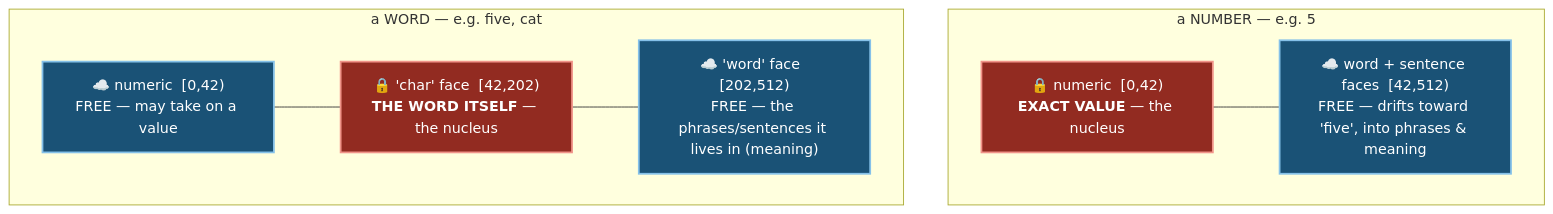
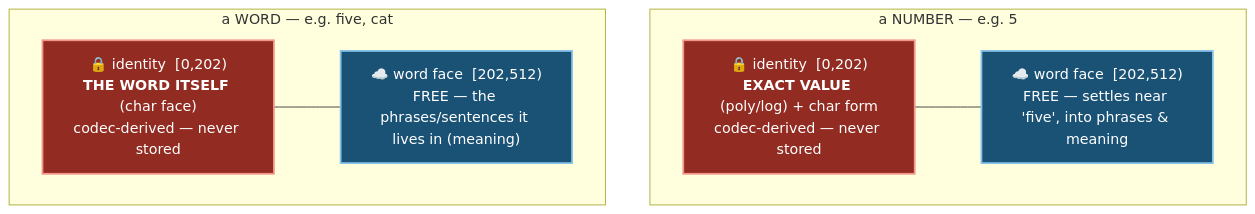
One commit to EvaluatedApplications/genesis-nova changed the third of 5 diagrams in PLATONIC_NUCLEUS.md. Above: the diagram before and after it, drawn with Mermaid. The commit also changed other lines of this file and 9 other files, not shown here.

````diff
--- a/PLATONIC_NUCLEUS.md
+++ b/PLATONIC_NUCLEUS.md
@@ -96,20 +96,19 @@
 ```mermaid
 flowchart TB
   subgraph NUM["a NUMBER — e.g. 5"]
     direction LR
-    n1["🔒 numeric&nbsp; [0,42)<br/><b>EXACT VALUE</b> — the nucleus"]
-    n2["☁️ word + sentence faces&nbsp; [42,512)<br/>FREE — drifts toward 'five', into phrases & meaning"]
+    n1["🔒 identity&nbsp; [0,202)<br/><b>EXACT VALUE</b> (poly/log) + char form<br/>codec-derived — never stored"]
+    n2["☁️ word face&nbsp; [202,512)<br/>FREE — settles near 'five', into phrases & meaning"]
     n1 --- n2
   end
   subgraph TXT["a WORD — e.g. five, cat"]
     direction LR
-    t1["☁️ numeric&nbsp; [0,42)<br/>FREE — may take on a value"]
-    t2["🔒 'char' face&nbsp; [42,202)<br/><b>THE WORD ITSELF</b> — the nucleus"]
-    t3["☁️ 'word' face&nbsp; [202,512)<br/>FREE — the phrases/sentences it lives in (meaning)"]
-    t1 --- t2 --- t3
+    t1["🔒 identity&nbsp; [0,202)<br/><b>THE WORD ITSELF</b> (char face)<br/>codec-derived — never stored"]
+    t2["☁️ word face&nbsp; [202,512)<br/>FREE — the phrases/sentences it lives in (meaning)"]
+    t1 --- t2
   end
   classDef nuc fill:#922b21,color:#ffffff,stroke:#f1948a,stroke-width:2px;
   classDef free fill:#1a5276,color:#ffffff,stroke:#85c1e9,stroke-width:2px;
-  class n1,t2 nuc;
-  class n2,t1,t3 free;
+  class n1,t1 nuc;
+  class n2,t2 free;
 ```
````
